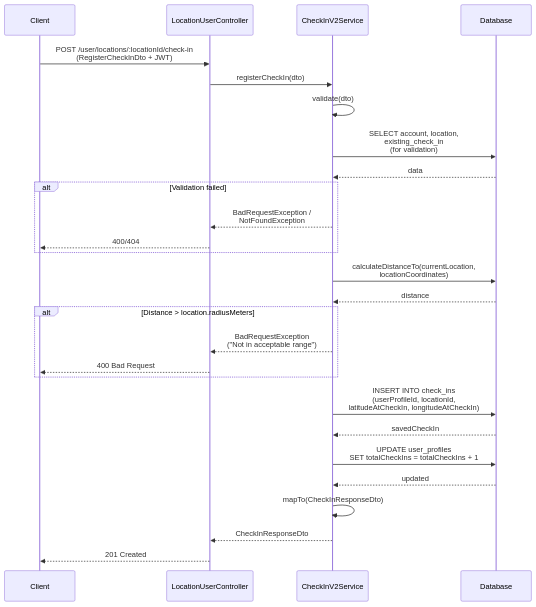
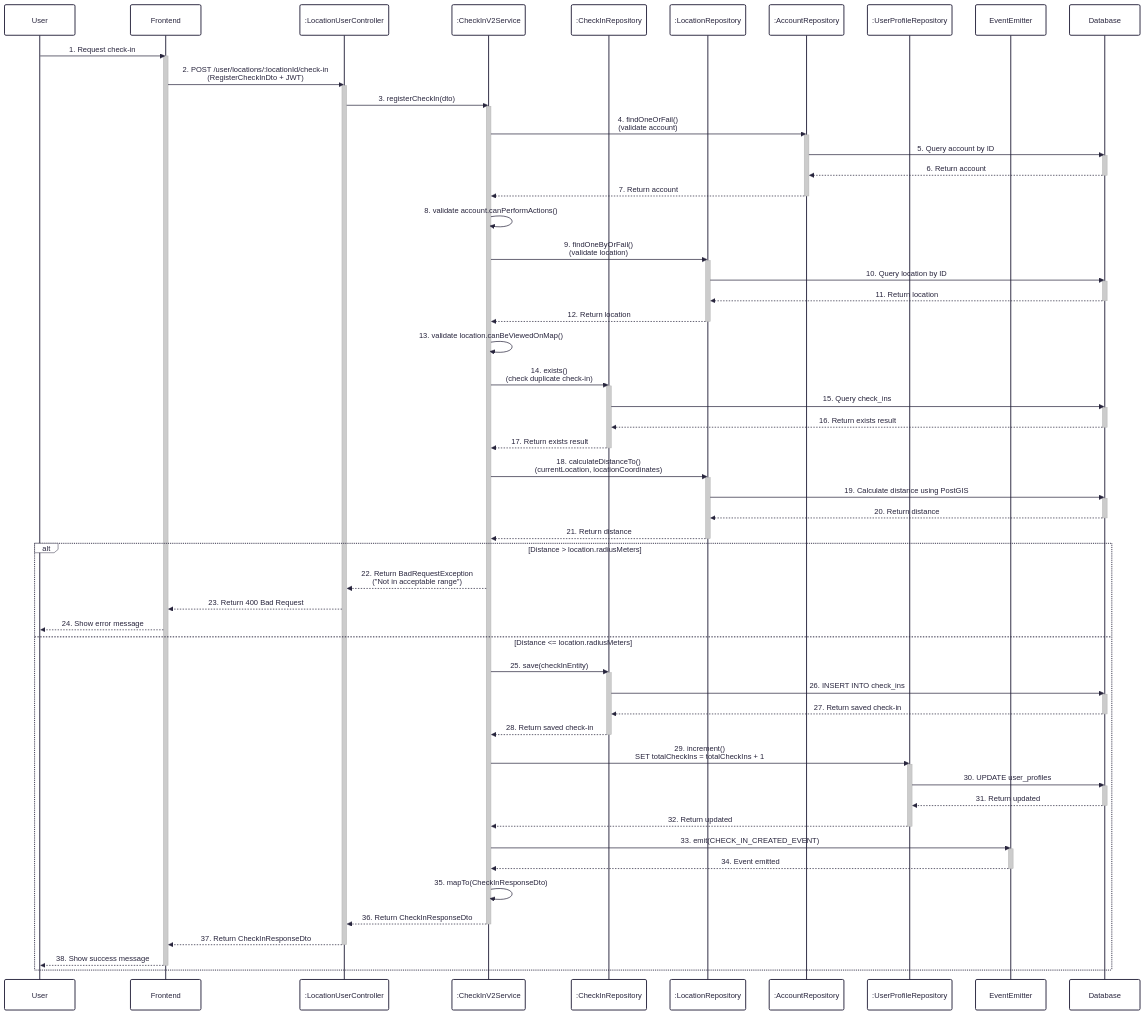
One commit to UrbanLens-2025/urban-lens_server changed the fourth of 7 diagrams in docs/diagrams/sequence-diagrams.md. Above: the diagram before and after it, drawn with Mermaid. The commit also changed other lines of this file and 19 other files, not shown here.

Commit message:
sequence diagram

````diff
--- a/docs/diagrams/sequence-diagrams.md
+++ b/docs/diagrams/sequence-diagrams.md
@@ -177,37 +340,102 @@
 ```mermaid
+---
+config:
+  theme: redux
+  look: classic
+---
 sequenceDiagram
-    participant Client
-    participant LocationController as LocationUserController
-    participant CheckInService as CheckInV2Service
+    participant User
+    participant Frontend
+    participant LocationController as :LocationUserController
+    participant CheckInService as :CheckInV2Service
+    participant CheckInRepo as :CheckInRepository
+    participant LocationRepo as :LocationRepository
+    participant AccountRepo as :AccountRepository
+    participant UserProfileRepo as :UserProfileRepository
+    participant EventEmitter
     participant Database
 
-    Client->>LocationController: POST /user/locations/:locationId/check-in<br/>(RegisterCheckInDto + JWT)
-    LocationController->>CheckInService: registerCheckIn(dto)
+    User->>Frontend: 1. Request check-in
+    activate Frontend
+    Frontend->>LocationController: 2. POST /user/locations/:locationId/check-in<br/>(RegisterCheckInDto + JWT)
+    activate LocationController
+    LocationController->>CheckInService: 3. registerCheckIn(dto)
+    activate CheckInService
 
-    CheckInService->>CheckInService: validate(dto)
-    CheckInService->>Database: SELECT account, location,<br/>existing_check_in<br/>(for validation)
-    Database-->>CheckInService: data
+    CheckInService->>AccountRepo: 4. findOneOrFail()<br/>(validate account)
+    activate AccountRepo
+    AccountRepo->>Database: 5. Query account by ID
+    activate Database
+    Database-->>AccountRepo: 6. Return account
+    deactivate Database
+    AccountRepo-->>CheckInService: 7. Return account
+    deactivate AccountRepo
 
-    alt Validation failed
-        CheckInService-->>LocationController: BadRequestException /<br/>NotFoundException
-        LocationController-->>Client: 400/404
-    end
+    CheckInService->>CheckInService: 8. validate account.canPerformActions()
 
-    CheckInService->>Database: calculateDistanceTo(currentLocation,<br/>locationCoordinates)
-    Database-->>CheckInService: distance
+    CheckInService->>LocationRepo: 9. findOneByOrFail()<br/>(validate location)
+    activate LocationRepo
+    LocationRepo->>Database: 10. Query location by ID
+    activate Database
+    Database-->>LocationRepo: 11. Return location
+    deactivate Database
+    LocationRepo-->>CheckInService: 12. Return location
+    deactivate LocationRepo
+
+    CheckInService->>CheckInService: 13. validate location.canBeViewedOnMap()
+
+    CheckInService->>CheckInRepo: 14. exists()<br/>(check duplicate check-in)
+    activate CheckInRepo
+    CheckInRepo->>Database: 15. Query check_ins
+    activate Database
+    Database-->>CheckInRepo: 16. Return exists result
+    deactivate Database
+    CheckInRepo-->>CheckInService: 17. Return exists result
+    deactivate CheckInRepo
+
+    CheckInService->>LocationRepo: 18. calculateDistanceTo()<br/>(currentLocation, locationCoordinates)
+    activate LocationRepo
+    LocationRepo->>Database: 19. Calculate distance using PostGIS
+    activate Database
+    Database-->>LocationRepo: 20. Return distance
+    deactivate Database
+    LocationRepo-->>CheckInService: 21. Return distance
+    deactivate LocationRepo
 
     alt Distance > location.radiusMeters
-        CheckInService-->>LocationController: BadRequestException<br/>("Not in acceptable range")
-        LocationController-->>Client: 400 Bad Request
+        CheckInService-->>LocationController: 22. Return BadRequestException<br/>("Not in acceptable range")
+        LocationController-->>Frontend: 23. Return 400 Bad Request
+        Frontend-->>User: 24. Show error message
+    else Distance <= location.radiusMeters
+        CheckInService->>CheckInRepo: 25. save(checkInEntity)
+        activate CheckInRepo
+        CheckInRepo->>Database: 26. INSERT INTO check_ins
+        activate Database
+        Database-->>CheckInRepo: 27. Return saved check-in
+        deactivate Database
+        CheckInRepo-->>CheckInService: 28. Return saved check-in
+        deactivate CheckInRepo
+
+        CheckInService->>UserProfileRepo: 29. increment()<br/>SET totalCheckIns = totalCheckIns + 1
+        activate UserProfileRepo
+        UserProfileRepo->>Database: 30. UPDATE user_profiles
+        activate Database
+        Database-->>UserProfileRepo: 31. Return updated
+        deactivate Database
+        UserProfileRepo-->>CheckInService: 32. Return updated
+        deactivate UserProfileRepo
+
+        CheckInService->>EventEmitter: 33. emit(CHECK_IN_CREATED_EVENT)
+        activate EventEmitter
+        EventEmitter-->>CheckInService: 34. Event emitted
+        deactivate EventEmitter
+
+        CheckInService->>CheckInService: 35. mapTo(CheckInResponseDto)
+        CheckInService-->>LocationController: 36. Return CheckInResponseDto
+        deactivate CheckInService
+        LocationController-->>Frontend: 37. Return CheckInResponseDto
+        deactivate LocationController
+        Frontend-->>User: 38. Show success message
+        deactivate Frontend
     end
-
-    CheckInService->>Database: INSERT INTO check_ins<br/>(userProfileId, locationId,<br/>latitudeAtCheckIn, longitudeAtCheckIn)
-    Database-->>CheckInService: savedCheckIn
-
-    CheckInService->>Database: UPDATE user_profiles<br/>SET totalCheckIns = totalCheckIns + 1
-    Database-->>CheckInService: updated
-
-    CheckInService->>CheckInService: mapTo(CheckInResponseDto)
-    CheckInService-->>LocationController: CheckInResponseDto
-    LocationController-->>Client: 201 Created
 ```
````
